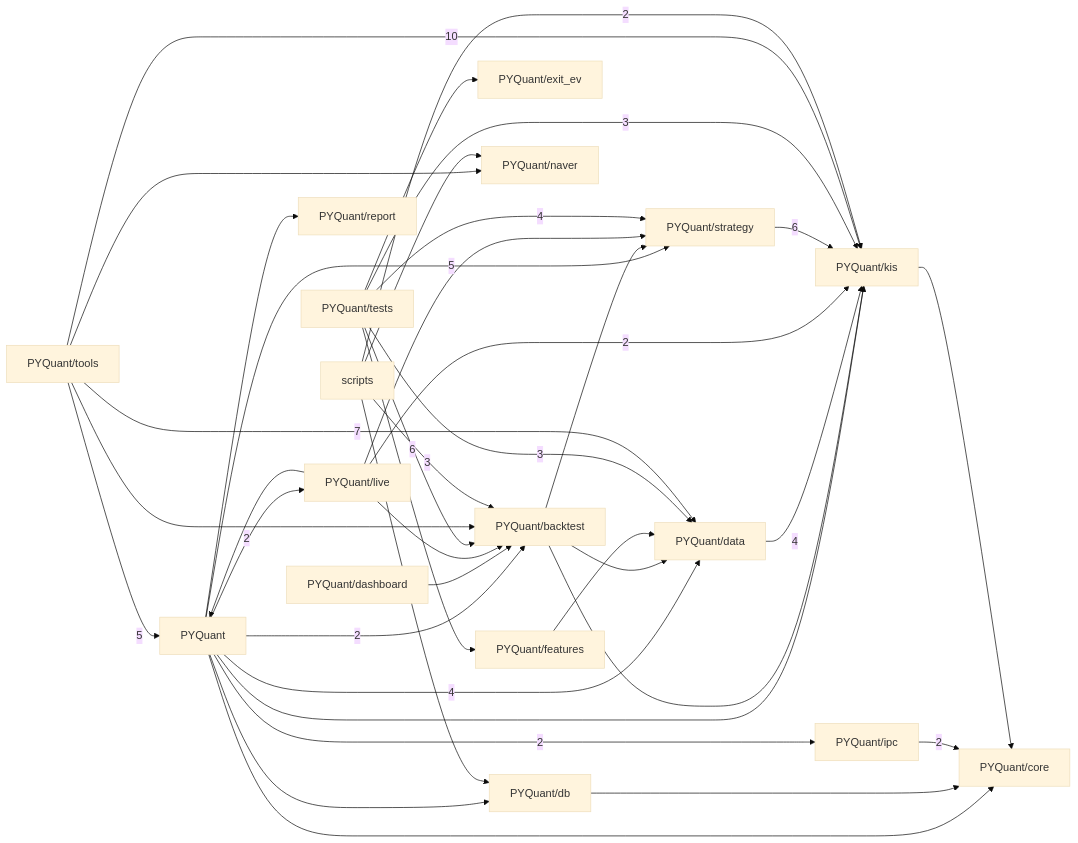
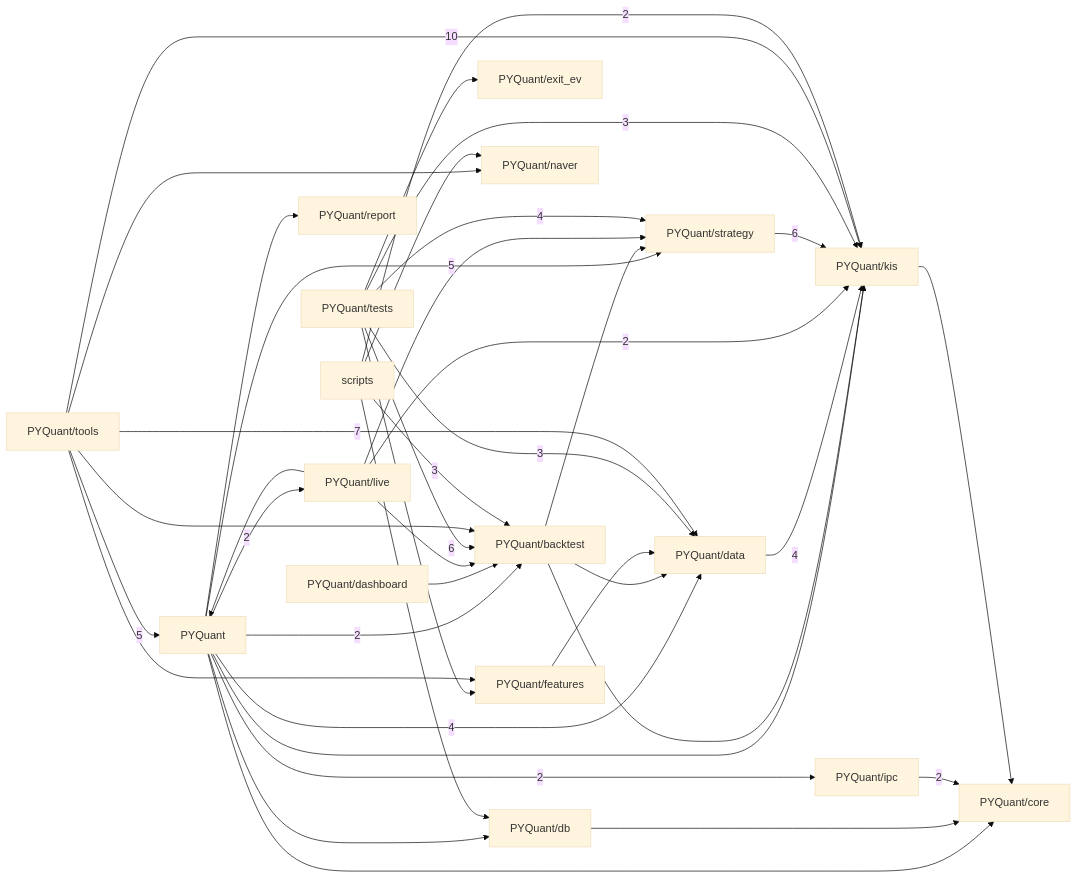
The third of 3 diagrams in docs/CODE_GRAPH.md (pypy8171/Quant), drawn with Mermaid (base theme) before and after one commit. The commit also changed other lines of this file and 45 other files, not shown here.

````diff
--- a/docs/CODE_GRAPH.md
+++ b/docs/CODE_GRAPH.md
@@ -410,58 +422,59 @@
 ```mermaid
 graph LR
   p_PYQuant["PYQuant"]
   p_PYQuant_backtest["PYQuant/backtest"]
   p_PYQuant_core["PYQuant/core"]
   p_PYQuant_dashboard["PYQuant/dashboard"]
   p_PYQuant_data["PYQuant/data"]
   p_PYQuant_db["PYQuant/db"]
   p_PYQuant_exit_ev["PYQuant/exit_ev"]
   p_PYQuant_features["PYQuant/features"]
   p_PYQuant_ipc["PYQuant/ipc"]
   p_PYQuant_kis["PYQuant/kis"]
   p_PYQuant_live["PYQuant/live"]
   p_PYQuant_naver["PYQuant/naver"]
   p_PYQuant_report["PYQuant/report"]
   p_PYQuant_strategy["PYQuant/strategy"]
   p_PYQuant_tests["PYQuant/tests"]
   p_PYQuant_tools["PYQuant/tools"]
   p_scripts["scripts"]
   p_PYQuant -->|2| p_PYQuant_backtest
   p_PYQuant --> p_PYQuant_core
   p_PYQuant -->|4| p_PYQuant_data
   p_PYQuant --> p_PYQuant_db
   p_PYQuant -->|2| p_PYQuant_ipc
   p_PYQuant --> p_PYQuant_kis
   p_PYQuant -->|2| p_PYQuant_live
   p_PYQuant --> p_PYQuant_report
   p_PYQuant -->|5| p_PYQuant_strategy
   p_PYQuant_backtest --> p_PYQuant_data
   p_PYQuant_backtest --> p_PYQuant_kis
   p_PYQuant_backtest --> p_PYQuant_strategy
   p_PYQuant_dashboard --> p_PYQuant_backtest
   p_PYQuant_data -->|4| p_PYQuant_kis
   p_PYQuant_db --> p_PYQuant_core
   p_PYQuant_features --> p_PYQuant_data
   p_PYQuant_ipc -->|2| p_PYQuant_core
   p_PYQuant_kis --> p_PYQuant_core
   p_PYQuant_live --> p_PYQuant
   p_PYQuant_live --> p_PYQuant_backtest
   p_PYQuant_live -->|2| p_PYQuant_kis
   p_PYQuant_live --> p_PYQuant_strategy
   p_PYQuant_strategy -->|6| p_PYQuant_kis
   p_PYQuant_tests -->|6| p_PYQuant_backtest
   p_PYQuant_tests -->|3| p_PYQuant_data
   p_PYQuant_tests --> p_PYQuant_exit_ev
   p_PYQuant_tests --> p_PYQuant_features
   p_PYQuant_tests -->|3| p_PYQuant_kis
   p_PYQuant_tests -->|4| p_PYQuant_strategy
   p_PYQuant_tools -->|5| p_PYQuant
   p_PYQuant_tools --> p_PYQuant_backtest
   p_PYQuant_tools -->|7| p_PYQuant_data
+  p_PYQuant_tools --> p_PYQuant_features
   p_PYQuant_tools -->|10| p_PYQuant_kis
   p_PYQuant_tools --> p_PYQuant_naver
   p_scripts -->|3| p_PYQuant_backtest
   p_scripts --> p_PYQuant_db
   p_scripts -->|2| p_PYQuant_kis
   p_scripts --> p_PYQuant_naver
 ```
````
